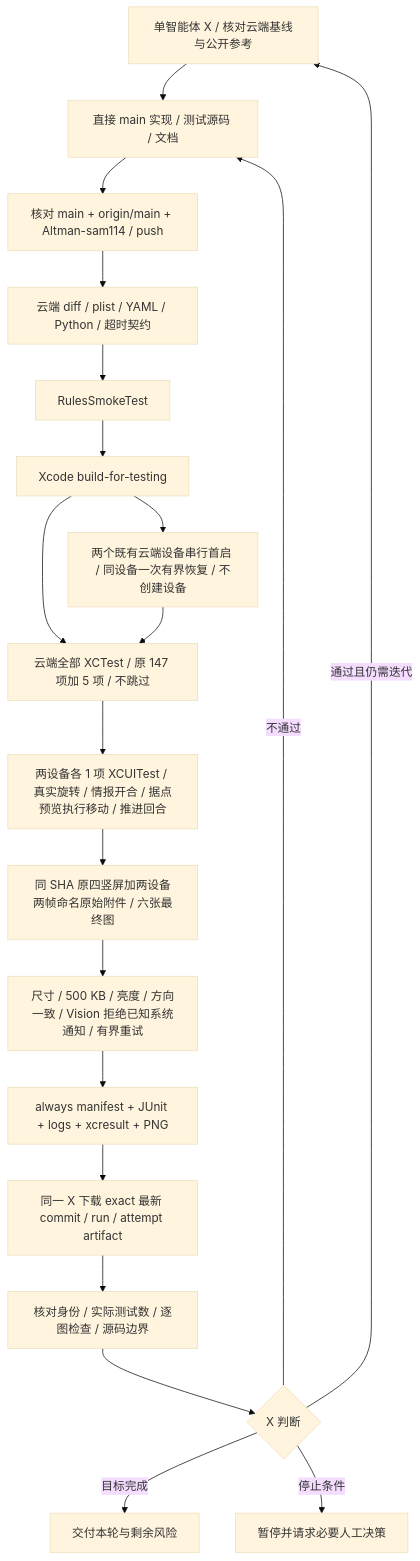
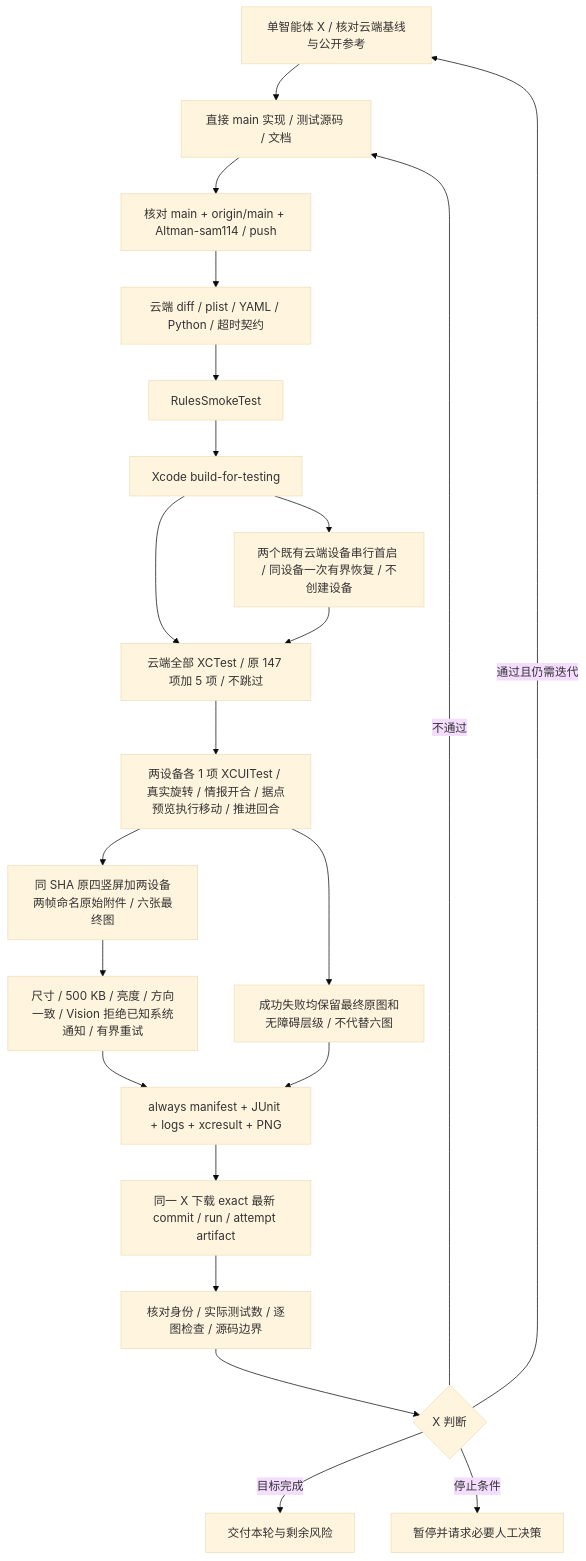
The third of 3 diagrams in md/flow/flowchart.md (Altman-sam114/116), drawn with Mermaid (base theme) before and after one commit. The commit also changed 13 other files, not shown here.

````diff
--- a/md/flow/flowchart.md
+++ b/md/flow/flowchart.md
@@ -64,22 +64,24 @@
 ```mermaid
 flowchart TD
     X[单智能体 X / 核对云端基线与公开参考] --> Implement[直接 main 实现 / 测试源码 / 文档]
     Implement --> Push[核对 main + origin/main + Altman-sam114 / push]
     Push --> Static[云端 diff / plist / YAML / Python / 超时契约]
     Static --> Smoke[RulesSmokeTest]
     Smoke --> Build[Xcode build-for-testing]
     Build --> XCTest[云端全部 XCTest / 原 147 项加 5 项 / 不跳过]
     Build --> Boot[两个既有云端设备串行首启 / 同设备一次有界恢复 / 不创建设备]
     Boot --> XCTest
     XCTest --> UI[两设备各 1 项 XCUITest / 真实旋转 / 情报开合 / 据点预览执行移动 / 推进回合]
     UI --> Six[同 SHA 原四竖屏加两设备两帧命名原始附件 / 六张最终图]
+    UI --> Diagnostics[成功失败均保留最终原图和无障碍层级 / 不代替六图]
     Six --> Gates[尺寸 / 500 KB / 亮度 / 方向一致 / Vision 拒绝已知系统通知 / 有界重试]
     Gates --> Package[always manifest + JUnit + logs + xcresult + PNG]
+    Diagnostics --> Package
     Package --> Download[同一 X 下载 exact 最新 commit / run / attempt artifact]
     Download --> Review[核对身份 / 实际测试数 / 逐图检查 / 源码边界]
     Review --> Decision{X 判断}
     Decision -->|通过且仍需迭代| X
     Decision -->|不通过| Implement
     Decision -->|目标完成| Done[交付本轮与剩余风险]
     Decision -->|停止条件| Stop[暂停并请求必要人工决策]
 ```
````
